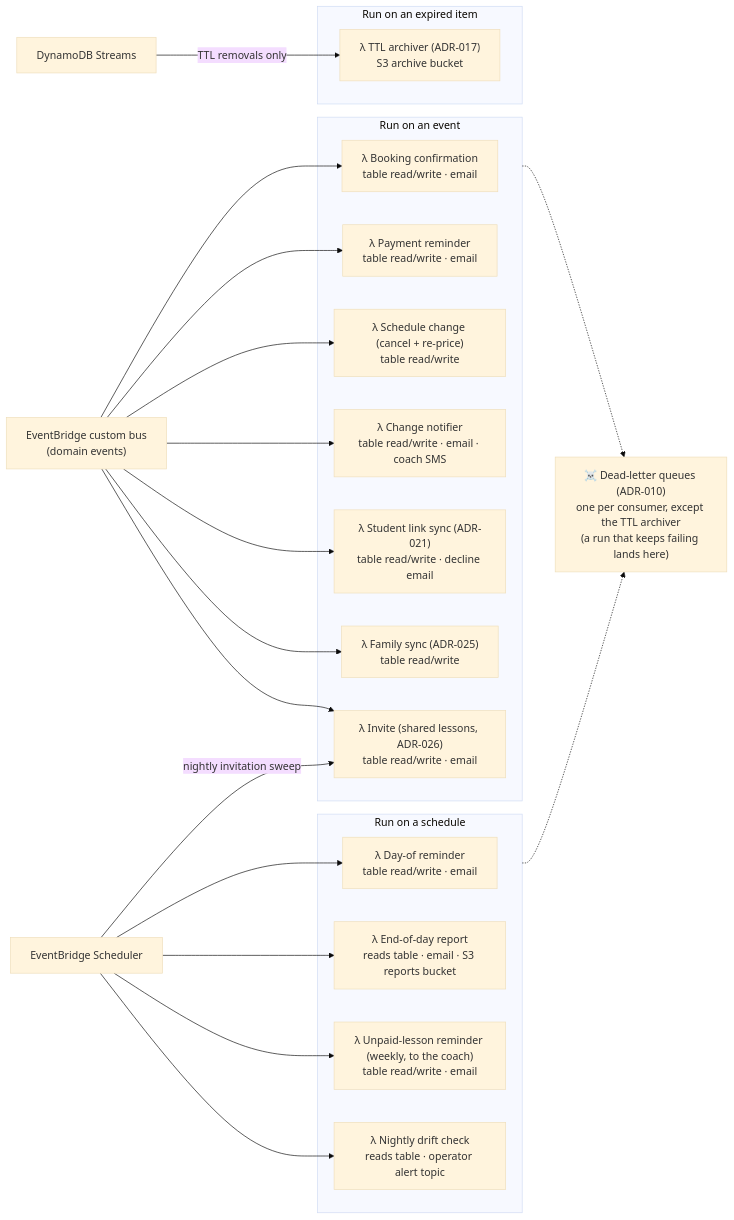
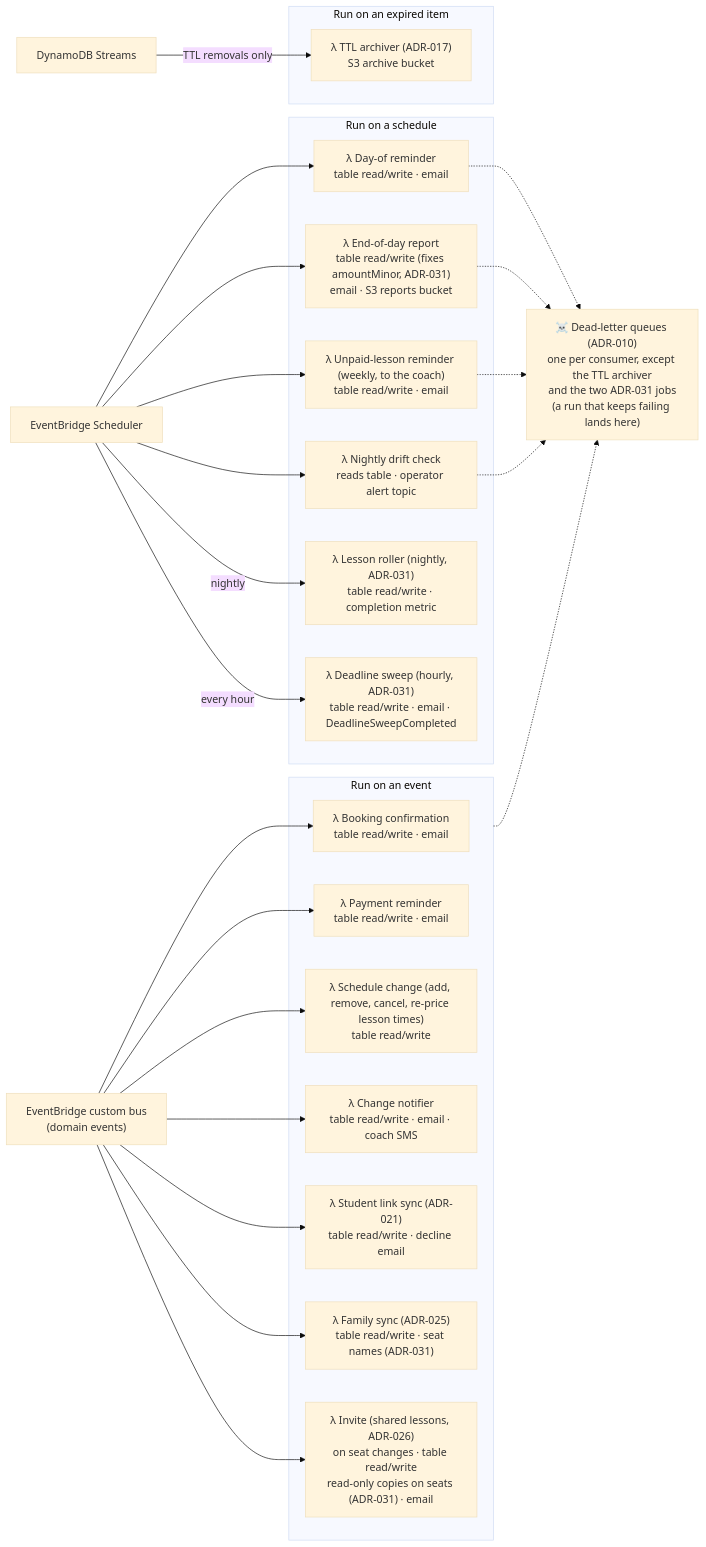
Before and after one commit to jessicamvega6/bladebook: the second of 23 diagrams in docs/architecture.md, drawn with Mermaid (base theme). The commit also changed other lines of this file and 26 other files, not shown here.

First line of the commit message:
Design doc updates: diagrams synced, shared-lesson and leave rules

````diff
--- a/docs/architecture.md
+++ b/docs/architecture.md
@@ -147,35 +176,39 @@
 ```mermaid
 flowchart LR
     Bus["EventBridge custom bus<br/>(domain events)"]
     Sched["EventBridge Scheduler"]
     Stream["DynamoDB Streams"]
 
     subgraph OnEvent["Run on an event"]
         L_Confirm["λ Booking confirmation<br/>table read/write · email"]
         L_Pay["λ Payment reminder<br/>table read/write · email"]
-        L_Cancel["λ Schedule change (cancel + re-price)<br/>table read/write"]
+        L_Cancel["λ Schedule change (add, remove, cancel, re-price lesson times)<br/>table read/write"]
         L_Notify["λ Change notifier<br/>table read/write · email · coach SMS"]
         L_Link["λ Student link sync (ADR-021)<br/>table read/write · decline email"]
-        L_Family["λ Family sync (ADR-025)<br/>table read/write"]
-        L_Invite["λ Invite (shared lessons, ADR-026)<br/>table read/write · email"]
+        L_Family["λ Family sync (ADR-025)<br/>table read/write · seat names (ADR-031)"]
+        L_Invite["λ Invite (shared lessons, ADR-026)<br/>on seat changes · table read/write<br/>read-only copies on seats (ADR-031) · email"]
     end
 
     subgraph OnSchedule["Run on a schedule"]
         L_Remind["λ Day-of reminder<br/>table read/write · email"]
-        L_Report["λ End-of-day report<br/>reads table · email · S3 reports bucket"]
+        L_Report["λ End-of-day report<br/>table read/write (fixes amountMinor, ADR-031)<br/>email · S3 reports bucket"]
         L_Unpaid["λ Unpaid-lesson reminder (weekly, to the coach)<br/>table read/write · email"]
         L_Drift["λ Nightly drift check<br/>reads table · operator alert topic"]
+        L_Roller["λ Lesson roller (nightly, ADR-031)<br/>table read/write · completion metric"]
+        L_Sweep["λ Deadline sweep (hourly, ADR-031)<br/>table read/write · email · DeadlineSweepCompleted"]
     end
 
     subgraph OnStream["Run on an expired item"]
         L_Archive["λ TTL archiver (ADR-017)<br/>S3 archive bucket"]
     end
 
-    DLQ["☠️ Dead-letter queues (ADR-010)<br/>one per consumer, except the TTL archiver<br/>(a run that keeps failing lands here)"]
+    DLQ["☠️ Dead-letter queues (ADR-010)<br/>one per consumer, except the TTL archiver<br/>and the two ADR-031 jobs<br/>(a run that keeps failing lands here)"]
 
     Bus --> L_Confirm & L_Pay & L_Cancel & L_Notify & L_Link & L_Family & L_Invite
     Sched --> L_Remind & L_Report & L_Unpaid & L_Drift
-    Sched -->|nightly invitation sweep| L_Invite
+    Sched -->|nightly| L_Roller
+    Sched -->|every hour| L_Sweep
     Stream -->|TTL removals only| L_Archive
-    OnEvent & OnSchedule -.-> DLQ
+    OnEvent -.-> DLQ
+    L_Remind & L_Report & L_Unpaid & L_Drift -.-> DLQ
 ```
````
